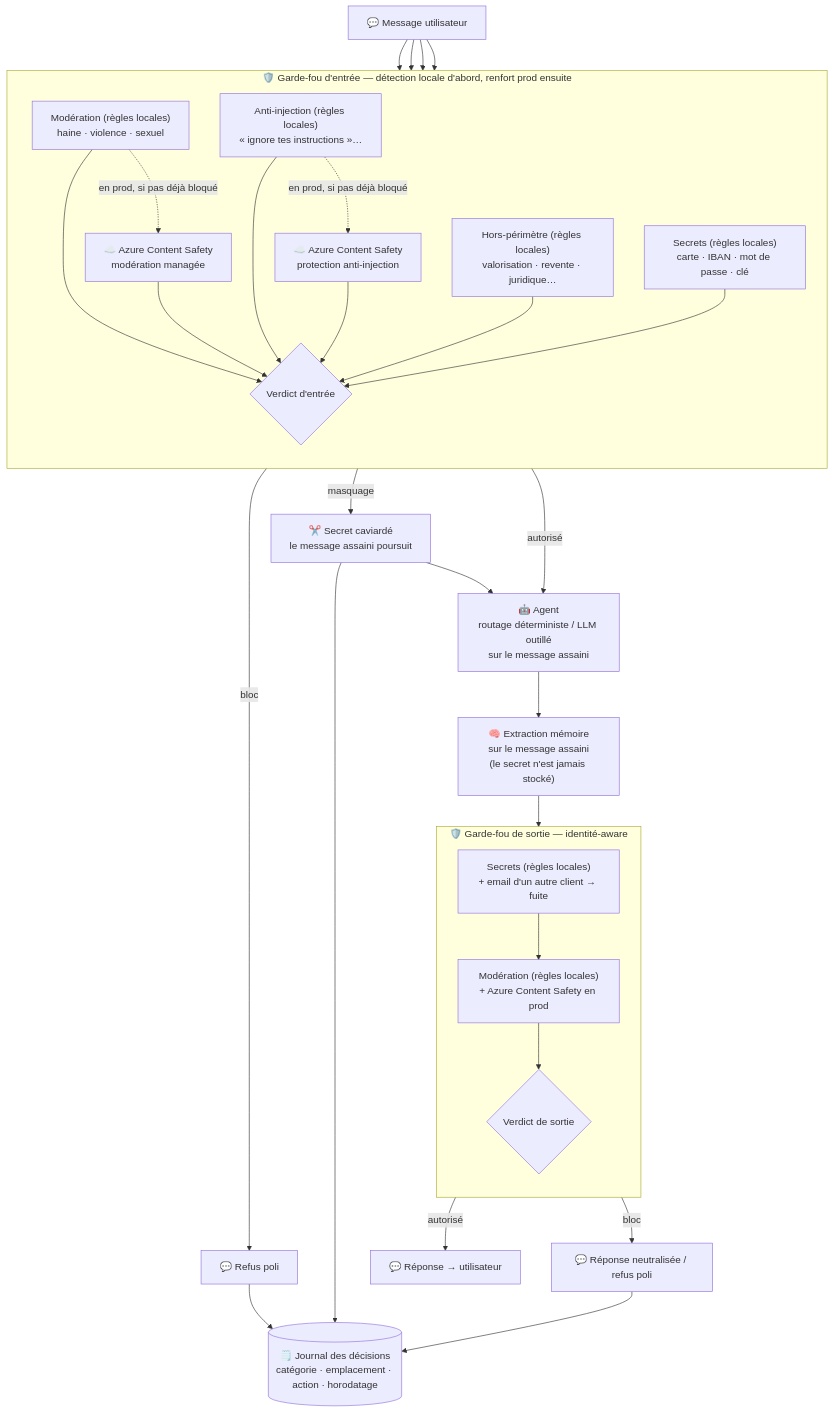
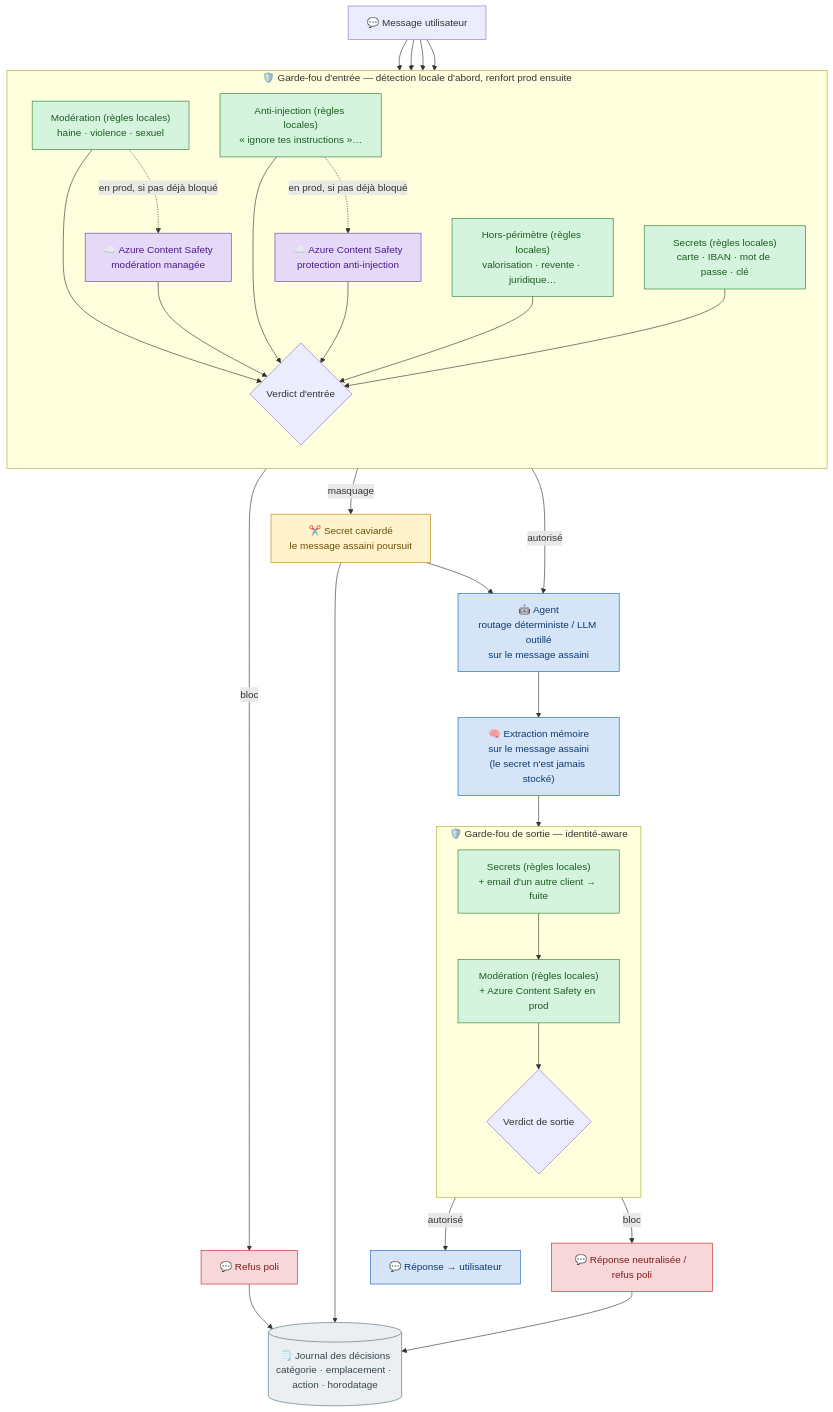
Before and after one commit to tonylucas/velmo-v2: the diagram in docs/superpowers/specs/2026-07-10-guardrails-design.md, drawn with Mermaid. The commit also changed other lines of this file, not shown here.

Commit message:
docs: color-code the guardrail flowchart for readability
Local detectors (green), prod Content Safety reinforcement (purple),
block (red), mask (yellow), pipeline continuation (blue), decision
journal (gray) — plus a legend below the diagram.

Claude-Session: https://claude.ai/code/session_01Ct4fq1NfG2SrLd4nK67orE

````diff
--- a/docs/superpowers/specs/2026-07-10-guardrails-design.md
+++ b/docs/superpowers/specs/2026-07-10-guardrails-design.md
@@ -139,53 +139,67 @@
 ```mermaid
 flowchart TD
     MSG["💬 Message utilisateur"]
 
     subgraph GIN["🛡️ Garde-fou d'entrée — détection locale d'abord, renfort prod ensuite"]
         direction TB
         MOD_IN["Modération (règles locales)<br>haine · violence · sexuel"]
         INJ_IN["Anti-injection (règles locales)<br>« ignore tes instructions »…"]
         OOS_IN["Hors-périmètre (règles locales)<br>valorisation · revente · juridique…"]
         SEC_IN["Secrets (règles locales)<br>carte · IBAN · mot de passe · clé"]
         CS_MOD["☁️ Azure Content Safety<br>modération managée"]
         CS_SHIELD["☁️ Azure Content Safety<br>protection anti-injection"]
         VERD_IN{"Verdict d'entrée"}
         MOD_IN -. "en prod, si pas déjà bloqué" .-> CS_MOD
         INJ_IN -. "en prod, si pas déjà bloqué" .-> CS_SHIELD
         MOD_IN --> VERD_IN
         CS_MOD --> VERD_IN
         INJ_IN --> VERD_IN
         CS_SHIELD --> VERD_IN
         OOS_IN --> VERD_IN
         SEC_IN --> VERD_IN
     end
 
     REFUS_IN["💬 Refus poli"]
     MASK["✂️ Secret caviardé<br>le message assaini poursuit"]
 
     GRAPH["🤖 Agent<br>routage déterministe / LLM outillé<br>sur le message assaini"]
     EXTRACT["🧠 Extraction mémoire<br>sur le message assaini<br>(le secret n'est jamais stocké)"]
 
     subgraph GOUT["🛡️ Garde-fou de sortie — identité-aware"]
         direction TB
         SEC_OUT["Secrets (règles locales)<br>+ email d'un autre client → fuite"]
         MOD_OUT["Modération (règles locales)<br>+ Azure Content Safety en prod"]
         VERD_OUT{"Verdict de sortie"}
         SEC_OUT --> MOD_OUT --> VERD_OUT
     end
 
     REFUS_OUT["💬 Réponse neutralisée / refus poli"]
     RESP["💬 Réponse → utilisateur"]
     LOG[("🗒️ Journal des décisions<br>catégorie · emplacement · action · horodatage")]
 
     MSG --> MOD_IN & INJ_IN & OOS_IN & SEC_IN
     VERD_IN -- "bloc" --> REFUS_IN
     VERD_IN -- "masquage" --> MASK --> GRAPH
     VERD_IN -- "autorisé" --> GRAPH
     GRAPH --> EXTRACT --> SEC_OUT
     VERD_OUT -- "bloc" --> REFUS_OUT
     VERD_OUT -- "autorisé" --> RESP
 
     REFUS_IN --> LOG
     MASK --> LOG
     REFUS_OUT --> LOG
+
+    classDef local fill:#d4f4dd,stroke:#2e7d32,color:#1b5e20
+    classDef prod fill:#e6d9f7,stroke:#6a3fb5,color:#4a1a8c
+    classDef block fill:#f8d7da,stroke:#c62828,color:#7f1d1d
+    classDef mask fill:#fff3cd,stroke:#b8860b,color:#6b4e00
+    classDef safe fill:#d6e4f7,stroke:#1565c0,color:#0d3c73
+    classDef journal fill:#eceff1,stroke:#546e7a,color:#37474f
+
+    class MOD_IN,INJ_IN,OOS_IN,SEC_IN,SEC_OUT,MOD_OUT local
+    class CS_MOD,CS_SHIELD prod
+    class REFUS_IN,REFUS_OUT block
+    class MASK mask
+    class GRAPH,EXTRACT,RESP safe
+    class LOG journal
 ```
````
